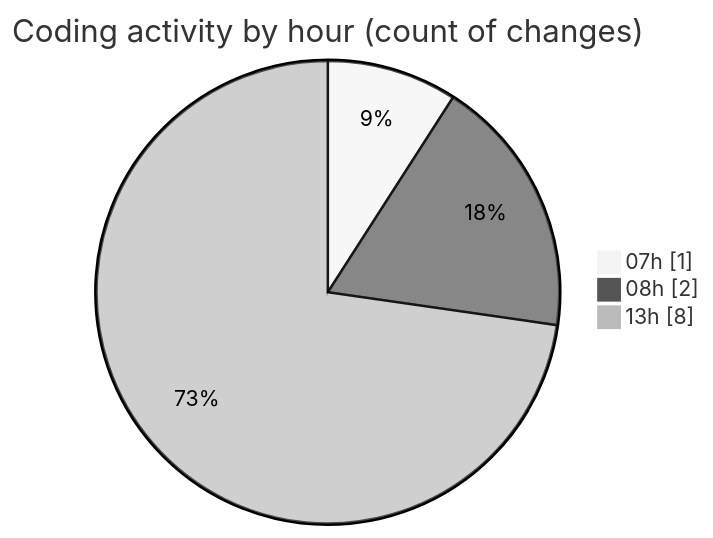
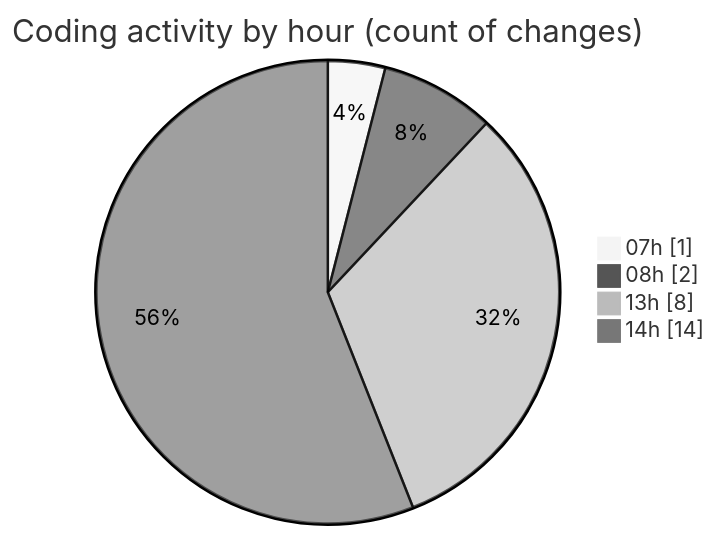
The second of 2 diagrams in 2025-01-24/zeytoon/README.md (vahidmafi/code-tracking), drawn with Mermaid (neutral theme) before and after one commit. The commit also changed other lines of this file and 1 other file, not shown here.

````diff
--- a/2025-01-24/zeytoon/README.md
+++ b/2025-01-24/zeytoon/README.md
@@ -35,7 +49,8 @@
 ```mermaid
 pie showData
 title Coding activity by hour (count of changes)
 "07h" : 1
 "08h" : 2
 "13h" : 8
+"14h" : 14
 ```
````
